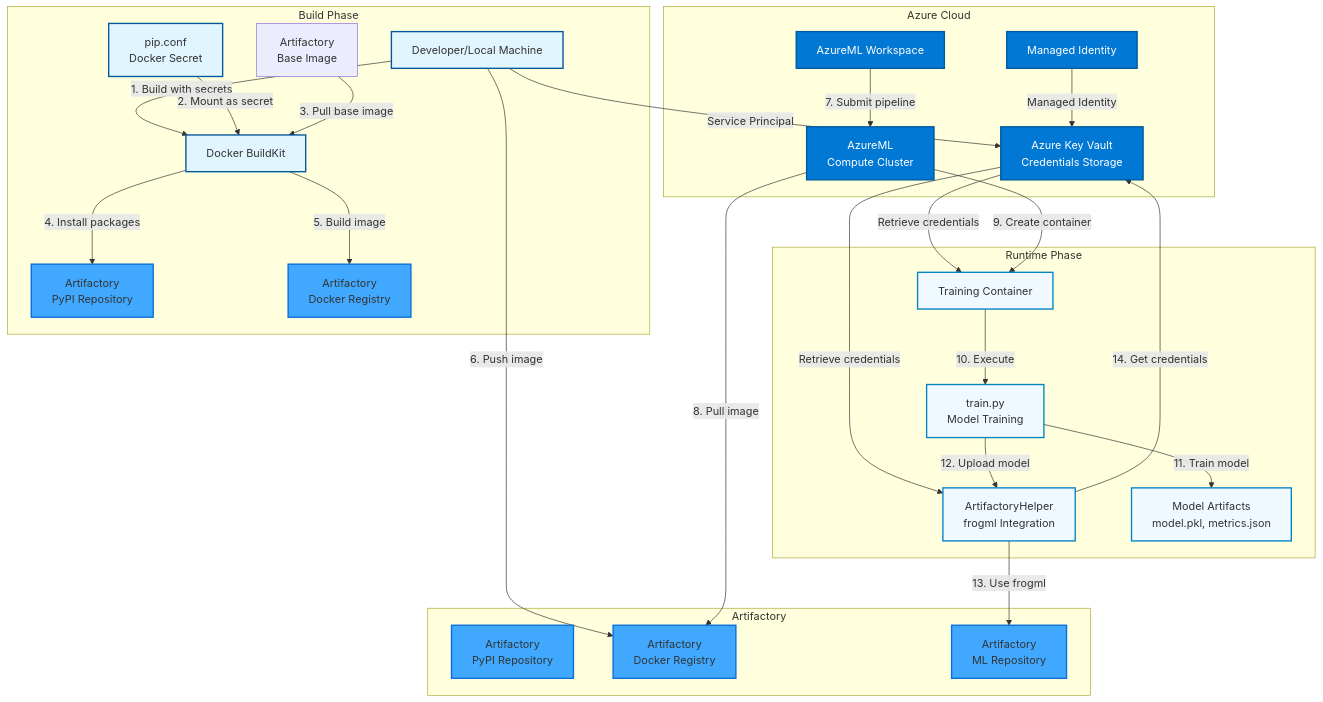
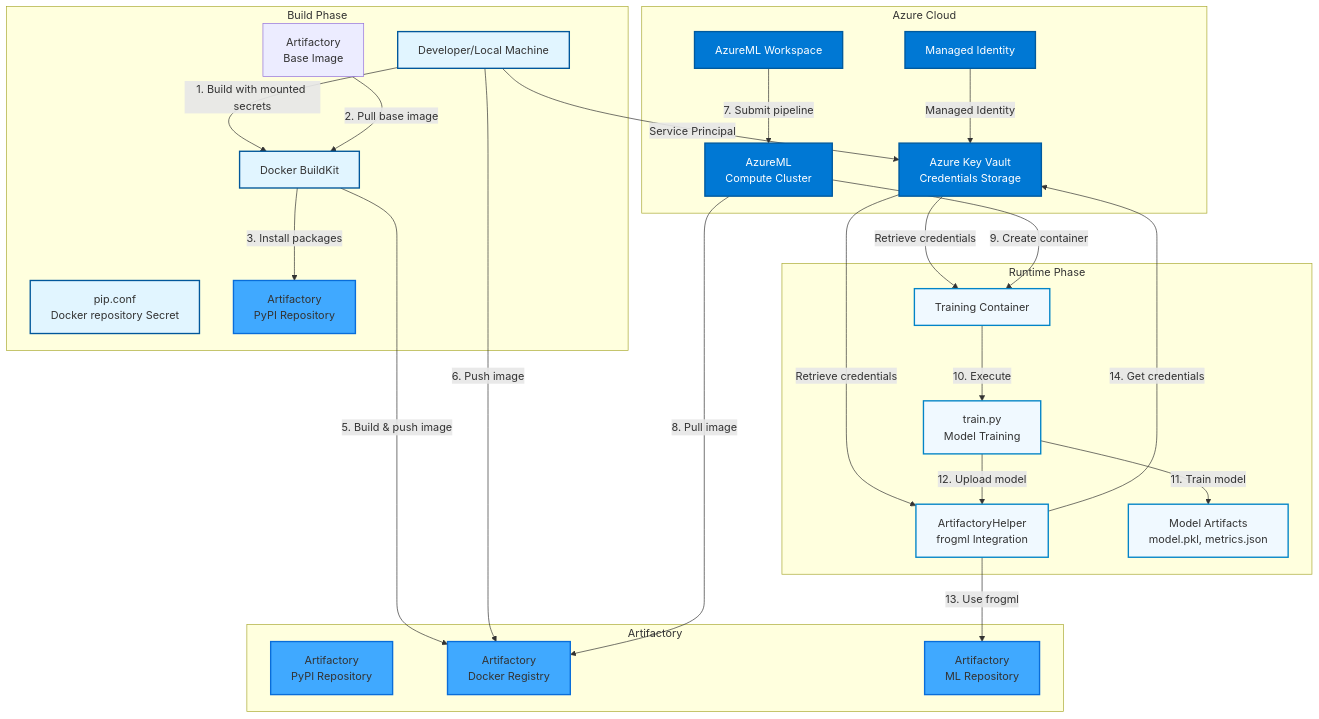
Before and after one commit to jfrog/JFrog-AzureML-integration: the first of 2 diagrams in README.md, drawn with Mermaid. The commit also changed other lines of this file, not shown here.

Commit message:
diagram adjustment

````diff
--- a/README.md
+++ b/README.md
@@ -9,66 +15,64 @@
 ```mermaid
 graph TB
     subgraph "Build Phase"
         Dev[Developer/Local Machine]
         Docker[Docker BuildKit]
-        PipConf[pip.conf<br/>Docker Secret]
+        PipConf[pip.conf<br/>Docker repository Secret]
         ArtifactoryPyPI[Artifactory<br/>PyPI Repository]
-        ArtifactoryDocker[Artifactory<br/>Docker Registry]
         BaseImage[Artifactory<br/>Base Image]
     end
 
     subgraph "Azure Cloud"
         KV[Azure Key Vault<br/>Credentials Storage]
         AML[AzureML Workspace]
         Compute[AzureML<br/>Compute Cluster]
         MI[Managed Identity]
     end
 
     subgraph "Artifactory"
         ArtifactoryPyPI2[Artifactory<br/>PyPI Repository]
         ArtifactoryDocker2[Artifactory<br/>Docker Registry]
         ArtifactoryML[Artifactory<br/>ML Repository]
     end
 
     subgraph "Runtime Phase"
         Container[Training Container]
         TrainScript[train.py<br/>Model Training]
         ArtifactoryHelper[ArtifactoryHelper<br/>frogml Integration]
         Model[Model Artifacts<br/>model.pkl, metrics.json]
     end
 
     %% Build Phase Flow
-    Dev -->|1. Build with secrets| Docker
-    PipConf -->|2. Mount as secret| Docker
-    BaseImage -->|3. Pull base image| Docker
-    Docker -->|4. Install packages| ArtifactoryPyPI
-    Docker -->|5. Build image| ArtifactoryDocker
+    Dev -->|1. Build with mounted secrets| Docker
+    BaseImage -->|2. Pull base image| Docker
+    Docker -->|3. Install packages| ArtifactoryPyPI
+    Docker -->|5. Build & push image| ArtifactoryDocker2
     Dev -->|6. Push image| ArtifactoryDocker2
 
     %% Authentication Flow
     Dev -->|Service Principal| KV
     MI -->|Managed Identity| KV
     KV -->|Retrieve credentials| ArtifactoryHelper
     KV -->|Retrieve credentials| Container
 
     %% Runtime Phase Flow
     AML -->|7. Submit pipeline| Compute
     Compute -->|8. Pull image| ArtifactoryDocker2
     Compute -->|9. Create container| Container
     Container -->|10. Execute| TrainScript
     TrainScript -->|11. Train model| Model
     TrainScript -->|12. Upload model| ArtifactoryHelper
     ArtifactoryHelper -->|13. Use frogml| ArtifactoryML
     ArtifactoryHelper -->|14. Get credentials| KV
 
     %% Styling
     classDef buildPhase fill:#e1f5ff,stroke:#01579b,stroke-width:2px
     classDef azure fill:#0078d4,stroke:#005a9e,stroke-width:2px,color:#fff
     classDef artifactory fill:#40a9ff,stroke:#096dd9,stroke-width:2px
     classDef runtime fill:#f0f9ff,stroke:#0284c7,stroke-width:2px
 
     class Dev,Docker,PipConf buildPhase
     class KV,AML,Compute,MI azure
     class ArtifactoryPyPI,ArtifactoryDocker,ArtifactoryPyPI2,ArtifactoryDocker2,ArtifactoryML artifactory
     class Container,TrainScript,ArtifactoryHelper,Model runtime
 ```
````
